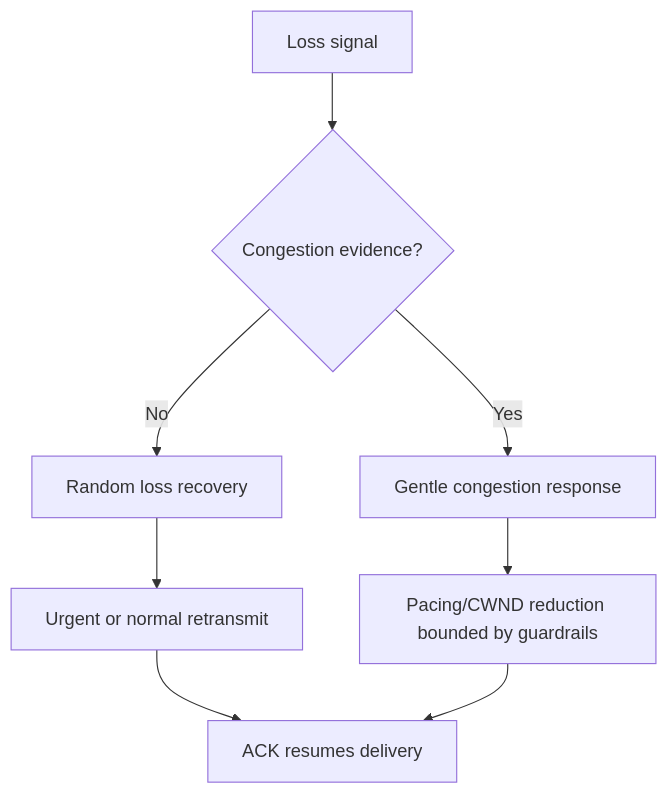
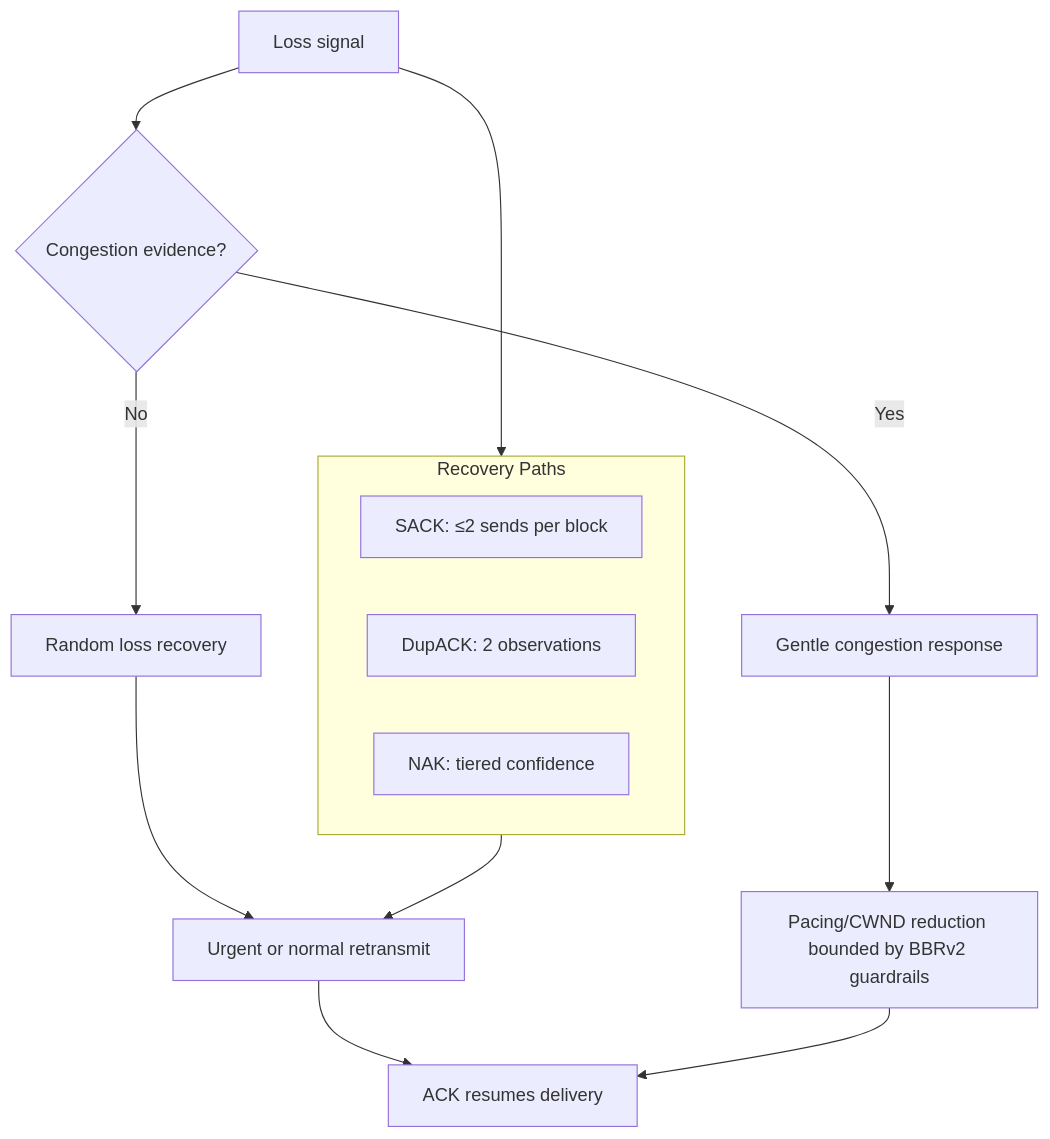
The first of 7 diagrams in docs/protocol.md (liulilittle/ucp), drawn with Mermaid before and after one commit. The commit also changed other lines of this file and 17 other files, not shown here.

````diff
--- a/docs/protocol.md
+++ b/docs/protocol.md
@@ -9,10 +17,21 @@
 ```mermaid
 flowchart TD
     Loss[Loss signal] --> Classifier{Congestion evidence?}
     Classifier -->|No| Random[Random loss recovery]
     Classifier -->|Yes| Congestion[Gentle congestion response]
+
     Random --> Repair[Urgent or normal retransmit]
-    Congestion --> Reduce[Pacing/CWND reduction bounded by guardrails]
+    Congestion --> Reduce[Pacing/CWND reduction bounded by BBRv2 guardrails]
+
     Repair --> Ack[ACK resumes delivery]
     Reduce --> Ack
+
+    subgraph Recovery[Recovery Paths]
+        SACK[SACK: ≤2 sends per block]
+        DupAck[DupACK: 2 observations]
+        NAK[NAK: tiered confidence]
+    end
+
+    Loss --> Recovery
+    Recovery --> Repair
 ```
````
